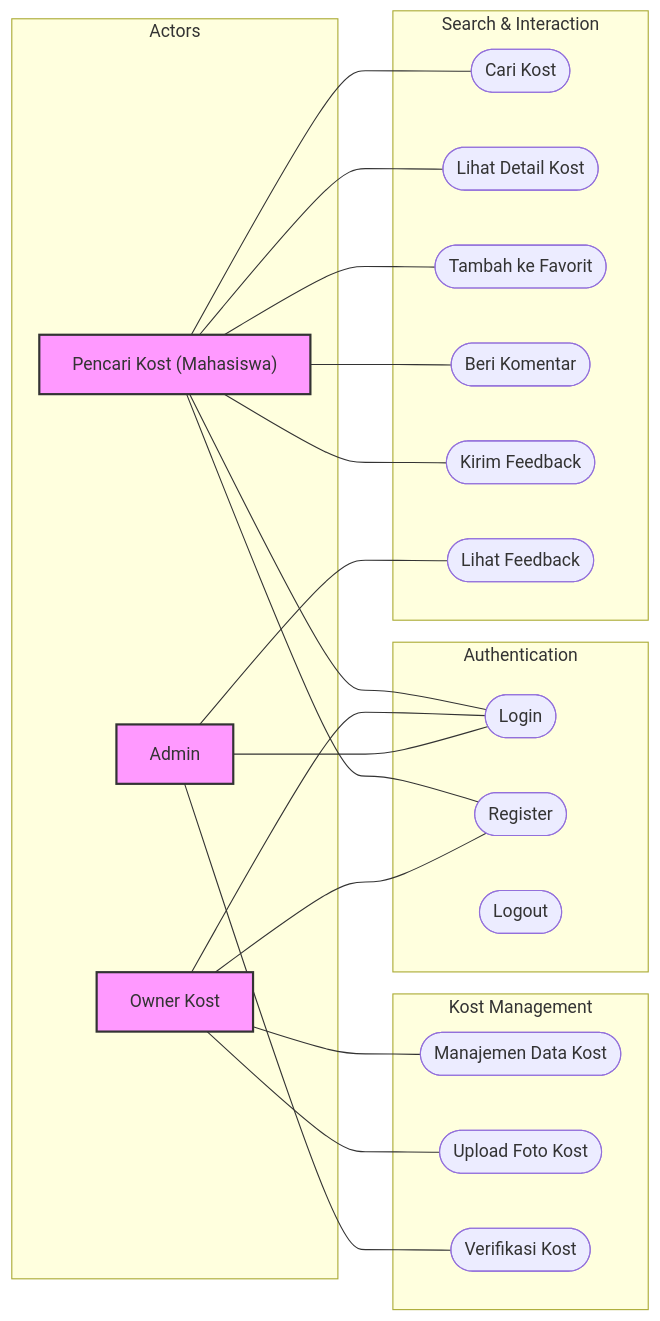
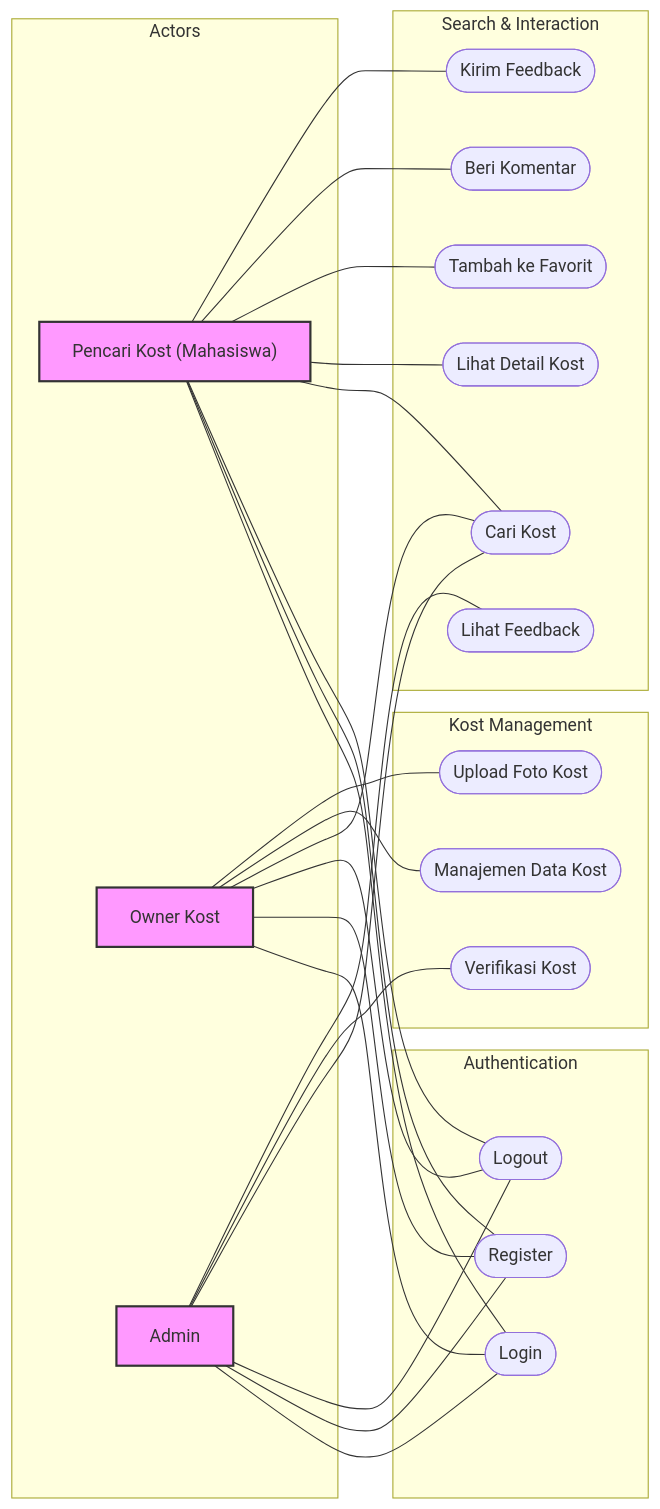
The first of 6 diagrams in system_architecture.md (iqsanazhr/E-KOST), drawn with Mermaid before and after one commit.

Commit message:
docs: update use case diagram relationships - add search and auth for all roles

````diff
--- a/system_architecture.md
+++ b/system_architecture.md
@@ -9,50 +9,56 @@
 ```mermaid
 graph LR
     subgraph Actors
         Pencari["Pencari Kost (Mahasiswa)"]:::actor
         Owner["Owner Kost"]:::actor
         Admin["Admin"]:::actor
     end
 
     subgraph Authentication
         UC_Login([Login])
         UC_Register([Register])
         UC_Logout([Logout])
     end
 
     subgraph KostManagement [Kost Management]
         UC_ManageKost([Manajemen Data Kost])
         UC_UploadFoto([Upload Foto Kost])
         UC_VerifKost([Verifikasi Kost])
     end
 
     subgraph SearchInteraction [Search & Interaction]
         UC_Search([Cari Kost])
         UC_ViewDetail([Lihat Detail Kost])
         UC_Favorite([Tambah ke Favorit])
         UC_Comment([Beri Komentar])
         UC_Feedback([Kirim Feedback])
         UC_ViewFeedback([Lihat Feedback])
     end
 
     %% Styles
     classDef actor fill:#f9f,stroke:#333,stroke-width:2px;
 
     %% Relationships
     Pencari --- UC_Login
     Pencari --- UC_Register
+    Pencari --- UC_Logout
     Pencari --- UC_Search
     Pencari --- UC_ViewDetail
     Pencari --- UC_Favorite
     Pencari --- UC_Comment
     Pencari --- UC_Feedback
 
     Owner --- UC_Login
     Owner --- UC_Register
+    Owner --- UC_Logout
+    Owner --- UC_Search
     Owner --- UC_ManageKost
     Owner --- UC_UploadFoto
 
     Admin --- UC_Login
+    Admin --- UC_Register
+    Admin --- UC_Logout
+    Admin --- UC_Search
     Admin --- UC_VerifKost
     Admin --- UC_ViewFeedback
 ```
````
